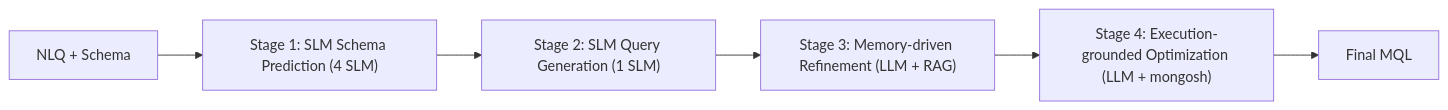
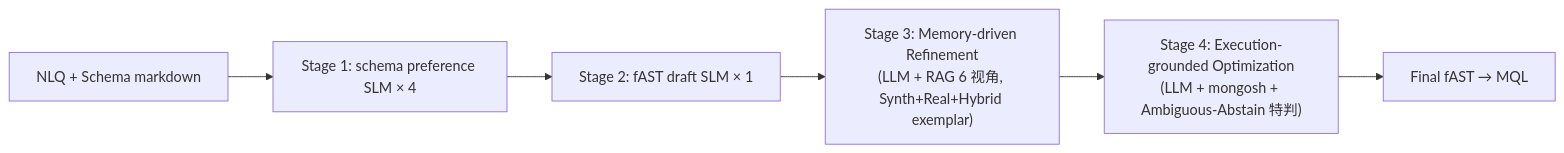
Before and after one commit to Jinwei-Lu/Text-to-NoSQL: the diagram in proposals/05_solution_design.md, drawn with Mermaid. The commit also changed other lines of this file and 4 other files, not shown here.

````diff
--- a/proposals/05_solution_design.md
+++ b/proposals/05_solution_design.md
@@ -18,8 +30,8 @@
 ```mermaid
 graph LR
-  A["NLQ + Schema"] --> B["Stage 1: SLM Schema Prediction (4 SLM)"]
-  B --> C["Stage 2: SLM Query Generation (1 SLM)"]
-  C --> D["Stage 3: Memory-driven Refinement (LLM + RAG)"]
-  D --> E["Stage 4: Execution-grounded Optimization (LLM + mongosh)"]
-  E --> F["Final MQL"]
+  A["NLQ + Schema markdown"] --> B["Stage 1: schema preference SLM × 4"]
+  B --> C["Stage 2: fAST draft SLM × 1"]
+  C --> D["Stage 3: Memory-driven Refinement<br/>(LLM + RAG 6 视角, Synth+Real+Hybrid exemplar)"]
+  D --> E["Stage 4: Execution-grounded Optimization<br/>(LLM + mongosh + Ambiguous-Abstain 特判)"]
+  E --> F["Final fAST → MQL"]
 ```
````
